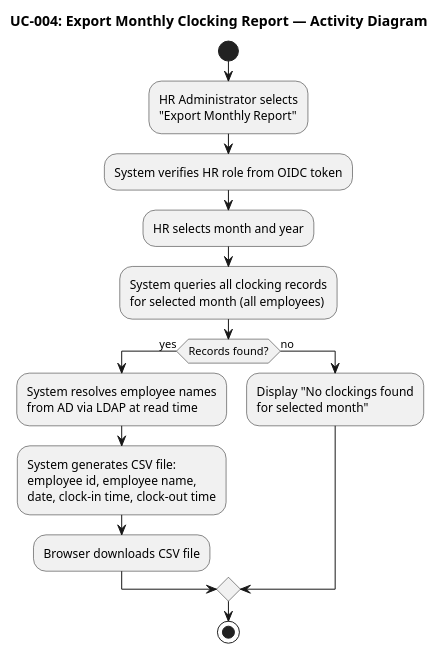
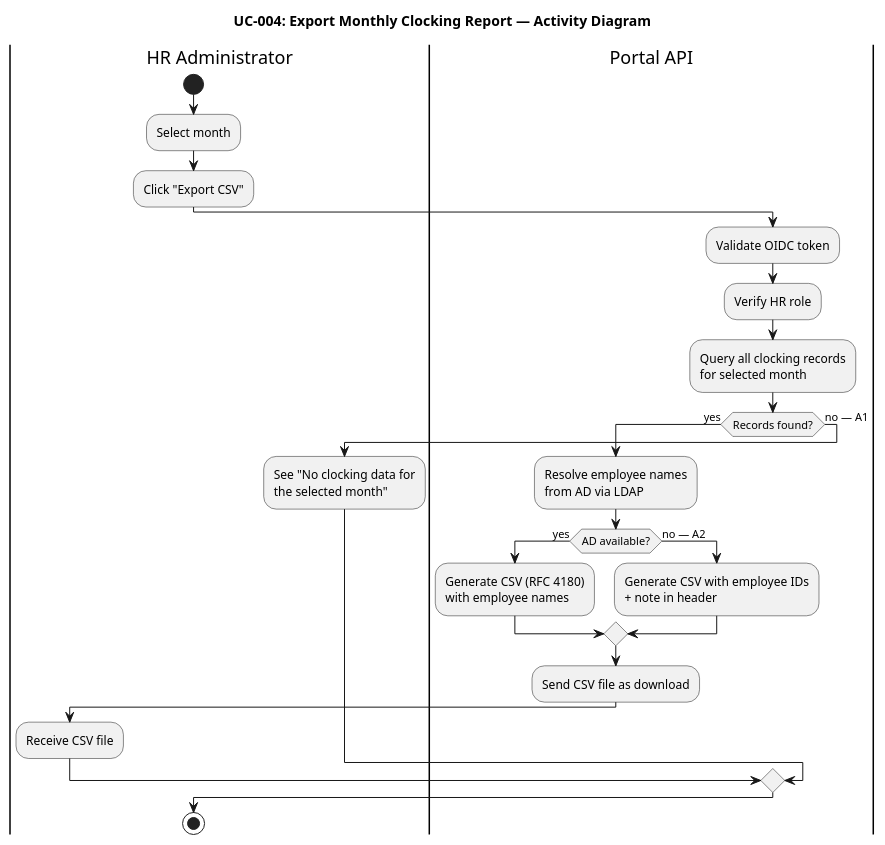
Before and after one commit to banense-test/portal-cuba-corp: the sixth of 13 diagrams in docs/artifacts/requirements/use-case-model.md, drawn with PlantUML. The commit also changed other lines of this file, not shown here.

````diff
--- a/docs/artifacts/requirements/use-case-model.md
+++ b/docs/artifacts/requirements/use-case-model.md
@@ -311,25 +364,29 @@
 ```plantuml
 @startuml
 title UC-004: Export Monthly Clocking Report — Activity Diagram
 
+|HR Administrator|
 start
-:HR Administrator selects
-"Export Monthly Report";
-:System verifies HR role from OIDC token;
-:HR selects month and year;
-:System queries all clocking records
-for selected month (all employees);
+:Select month;
+:Click "Export CSV";
+|Portal API|
+:Validate OIDC token;
+:Verify HR role;
+:Query all clocking records\nfor selected month;
 if (Records found?) then (yes)
-  :System resolves employee names
-  from AD via LDAP at read time;
-  :System generates CSV file:
-  employee id, employee name,
-  date, clock-in time, clock-out time;
-  :Browser downloads CSV file;
-else (no)
-  :Display "No clockings found
-  for selected month";
+  :Resolve employee names\nfrom AD via LDAP;
+  if (AD available?) then (yes)
+    :Generate CSV (RFC 4180)\nwith employee names;
+  else (no — A2)
+    :Generate CSV with employee IDs\n+ note in header;
+  endif
+  :Send CSV file as download;
+  |HR Administrator|
+  :Receive CSV file;
+else (no — A1)
+  |HR Administrator|
+  :See "No clocking data for\nthe selected month";
 endif
 stop
 @enduml
 ```
````
